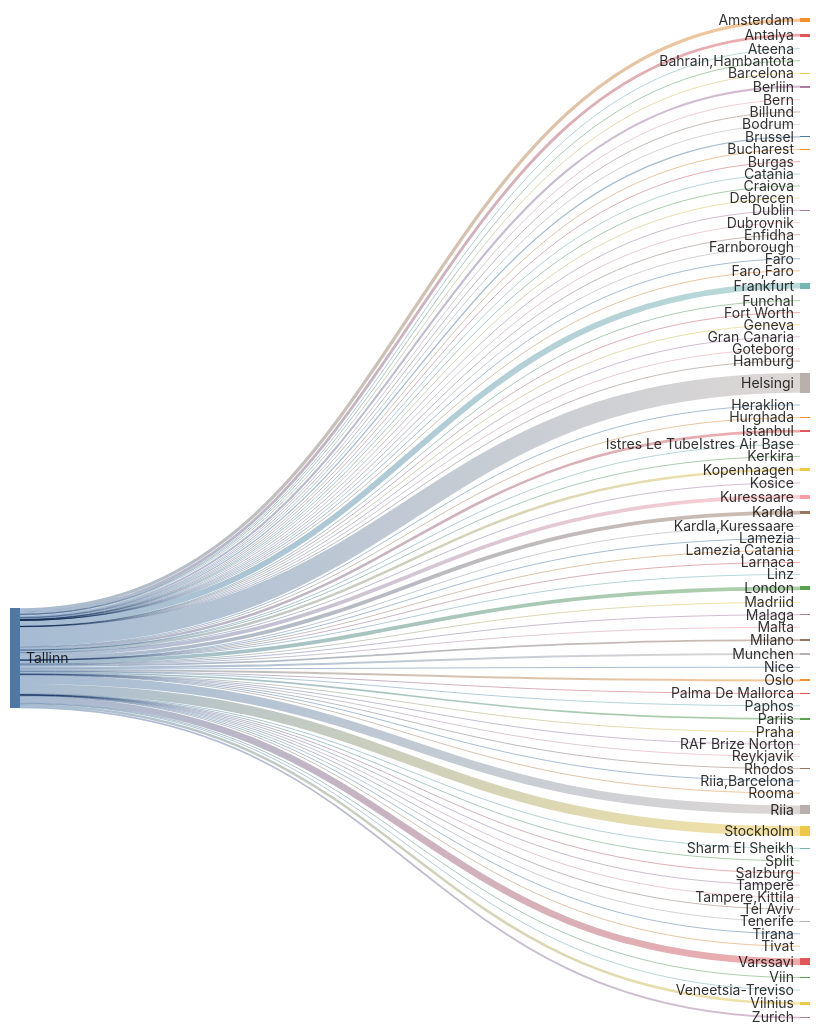
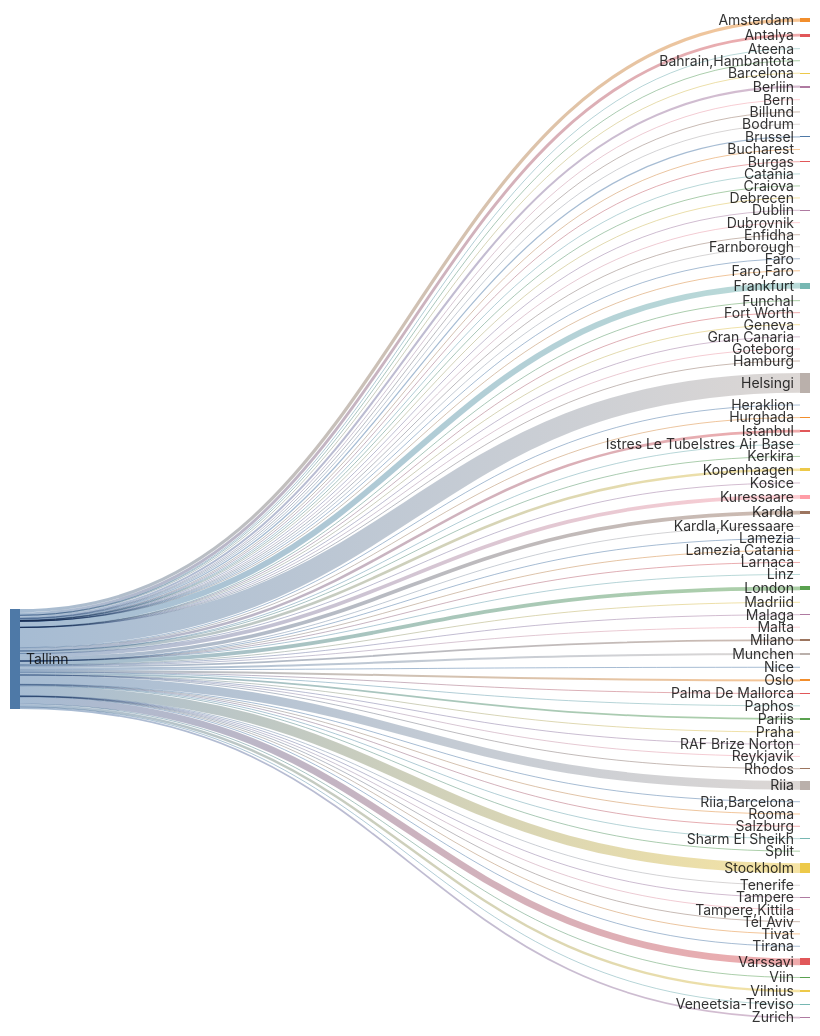
One commit to rainermesi/tll-airport-departures changed the second of 2 diagrams in README.md. Above: the diagram before and after it, drawn with Mermaid. The commit also changed other lines of this file and 1 other file, not shown here.

````diff
--- a/README.md
+++ b/README.md
@@ -41,8 +41,8 @@
 ---
 sankey-beta
 %% source,target,value
-Tallinn,Amsterdam,503
-Tallinn,Antalya,448
+Tallinn,Amsterdam,505
+Tallinn,Antalya,449
 Tallinn,Ateena,16
 Tallinn,"Bahrain,Hambantota",1
 Tallinn,Barcelona,141
@@ -50,73 +50,73 @@
 Tallinn,Bern,1
 Tallinn,Billund,80
 Tallinn,Bodrum,11
-Tallinn,Brussel,194
+Tallinn,Brussel,195
 Tallinn,Bucharest,1
 Tallinn,Burgas,63
 Tallinn,Catania,2
 Tallinn,Craiova,1
 Tallinn,Debrecen,1
-Tallinn,Dublin,97
+Tallinn,Dublin,98
 Tallinn,Dubrovnik,21
 Tallinn,Enfidha,7
 Tallinn,Farnborough,1
 Tallinn,Faro,4
 Tallinn,"Faro,Faro",1
 Tallinn,Fort Worth,1
-Tallinn,Frankfurt,909
+Tallinn,Frankfurt,911
 Tallinn,Funchal,5
 Tallinn,Geneva,13
 Tallinn,Gran Canaria,38
 Tallinn,Goteborg,2
 Tallinn,Hamburg,2
-Tallinn,Helsingi,3059
+Tallinn,Helsingi,3069
 Tallinn,Heraklion,106
 Tallinn,Hurghada,75
-Tallinn,Istanbul,397
+Tallinn,Istanbul,398
 Tallinn,Istres Le TubeIstres Air Base,2
 Tallinn,Kerkira,4
-Tallinn,Kopenhaagen,392
+Tallinn,Kopenhaagen,394
 Tallinn,Kosice,1
-Tallinn,Kuressaare,578
-Tallinn,Kardla,580
+Tallinn,Kuressaare,580
+Tallinn,Kardla,582
 Tallinn,"Kardla,Kuressaare",1
 Tallinn,Lamezia,1
 Tallinn,"Lamezia,Catania",3
 Tallinn,Larnaca,4
 Tallinn,Linz,2
-Tallinn,London,593
+Tallinn,London,595
 Tallinn,Madriid,4
-Tallinn,Malaga,123
+Tallinn,Malaga,124
 Tallinn,Malta,30
 Tallinn,Milano,275
-Tallinn,Munchen,314
+Tallinn,Munchen,315
 Tallinn,Nice,55
-Tallinn,Oslo,308
+Tallinn,Oslo,309
 Tallinn,Palma De Mallorca,34
 Tallinn,Paphos,66
-Tallinn,Pariis,267
+Tallinn,Pariis,268
 Tallinn,Praha,89
 Tallinn,RAF Brize Norton,1
 Tallinn,Reykjavik,20
 Tallinn,Rhodos,62
-Tallinn,Riia,1373
+Tallinn,Riia,1378
 Tallinn,"Riia,Barcelona",1
 Tallinn,Rooma,80
 Tallinn,Salzburg,14
 Tallinn,Sharm El Sheikh,104
 Tallinn,Split,55
-Tallinn,Stockholm,1511
+Tallinn,Stockholm,1516
 Tallinn,Tampere,17
 Tallinn,"Tampere,Kittila",21
 Tallinn,Tel Aviv,2
 Tallinn,Tenerife,58
 Tallinn,Tirana,36
-Tallinn,Tivat,70
-Tallinn,Varssavi,1053
+Tallinn,Tivat,71
+Tallinn,Varssavi,1056
 Tallinn,Veneetsia-Treviso,67
 Tallinn,Viin,106
-Tallinn,Vilnius,382
-Tallinn,Zurich,272
+Tallinn,Vilnius,384
+Tallinn,Zurich,273
 
 
 ```
````
